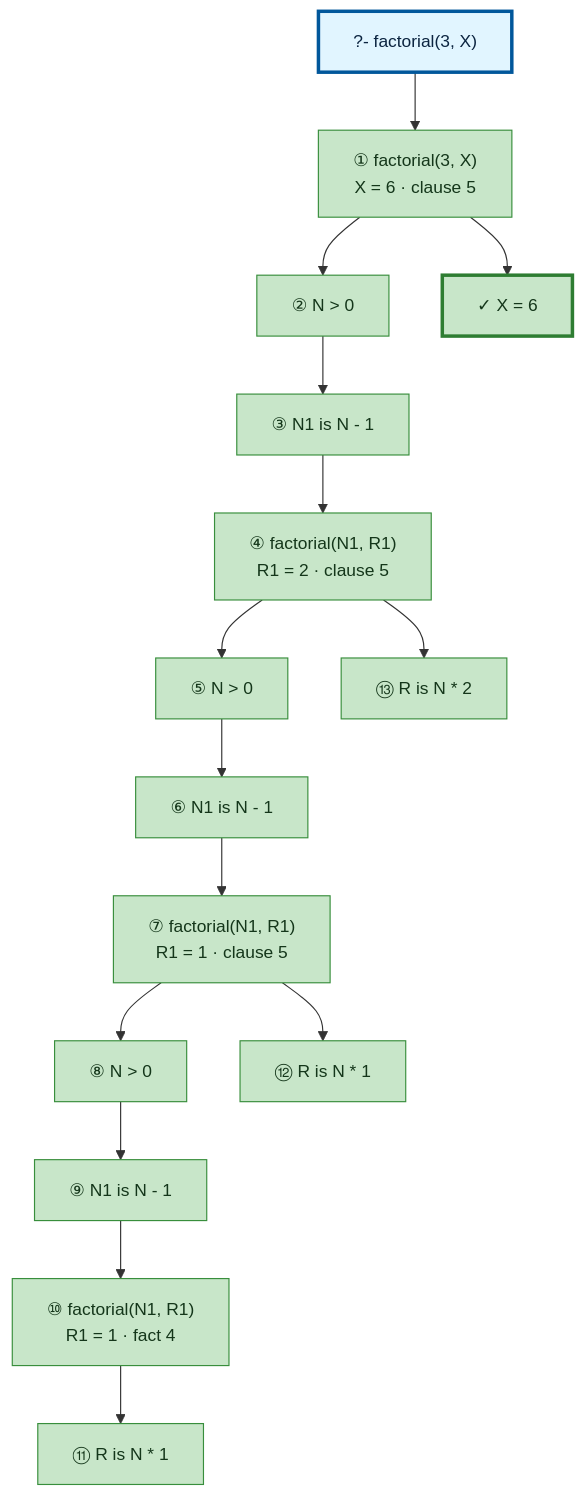
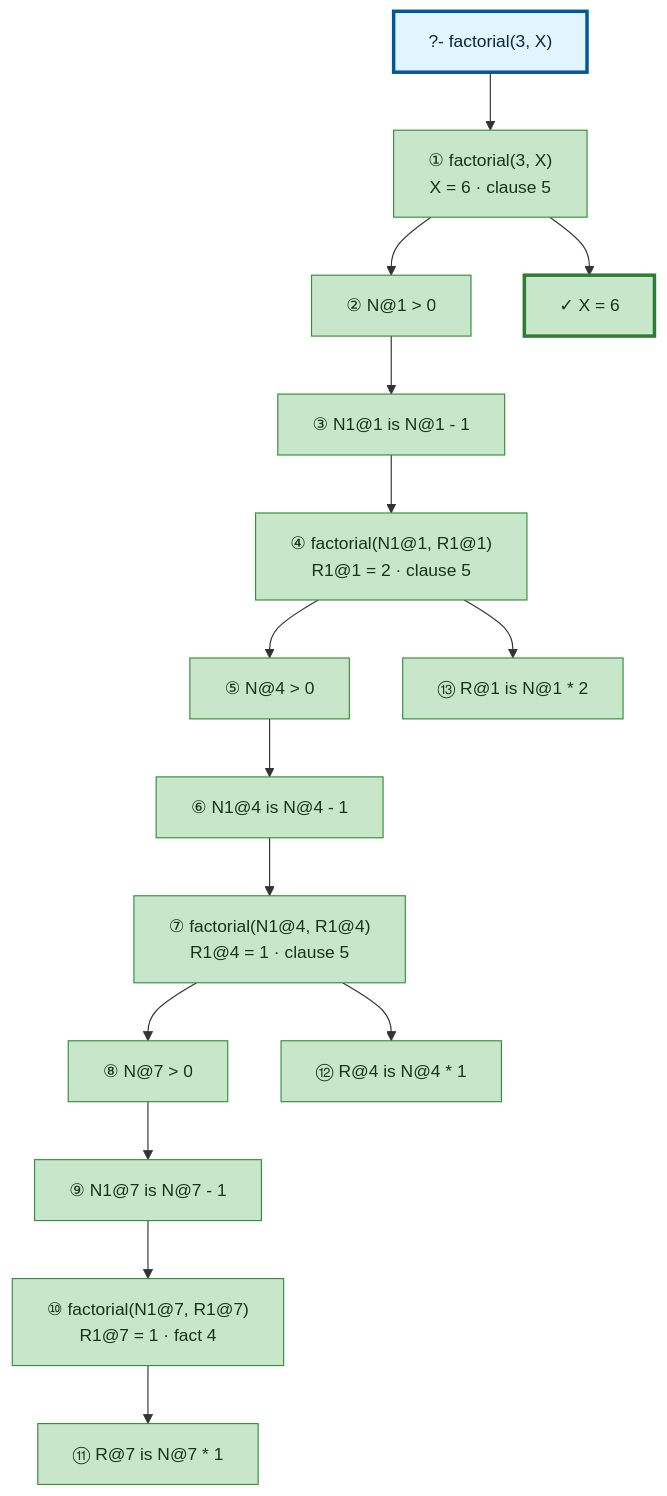
The diagram in examples/factorial-output.md (textologylabs/prolog-trace-viz), drawn with Mermaid before and after one commit. The commit also changed other lines of this file and 9 other files, not shown here.

````diff
--- a/examples/factorial-output.md
+++ b/examples/factorial-output.md
@@ -91,54 +91,54 @@
 ```mermaid
 %%{init: {'flowchart': {'nodeSpacing': 46, 'rankSpacing': 50}, 'themeVariables': {'fontSize': '15px'}}}%%
 graph TD
 
 %% Nodes
 A["?- factorial(3, X)"]
 B["① factorial(3, X)<br/>X = 6 · clause 5"]
-C["② N &gt; 0"]
-D["③ N1 is N - 1"]
-E["④ factorial(N1, R1)<br/>R1 = 2 · clause 5"]
-F["⑤ N &gt; 0"]
-G["⑥ N1 is N - 1"]
-H["⑦ factorial(N1, R1)<br/>R1 = 1 · clause 5"]
-I["⑧ N &gt; 0"]
-J["⑨ N1 is N - 1"]
-K["⑩ factorial(N1, R1)<br/>R1 = 1 · fact 4"]
-L["⑪ R is N * 1"]
-M["⑫ R is N * 1"]
-N["⑬ R is N * 2"]
+C["② N@1 &gt; 0"]
+D["③ N1@1 is N@1 - 1"]
+E["④ factorial(N1@1, R1@1)<br/>R1@1 = 2 · clause 5"]
+F["⑤ N@4 &gt; 0"]
+G["⑥ N1@4 is N@4 - 1"]
+H["⑦ factorial(N1@4, R1@4)<br/>R1@4 = 1 · clause 5"]
+I["⑧ N@7 &gt; 0"]
+J["⑨ N1@7 is N@7 - 1"]
+K["⑩ factorial(N1@7, R1@7)<br/>R1@7 = 1 · fact 4"]
+L["⑪ R@7 is N@7 * 1"]
+M["⑫ R@4 is N@4 * 1"]
+N["⑬ R@1 is N@1 * 2"]
 O["✓ X = 6"]
 
 %% Flow
 A --> B
 B --> C
 C --> D
 D --> E
 E --> F
 F --> G
 G --> H
 H --> I
 I --> J
 J --> K
 K --> L
 H --> M
 E --> N
 B --> O
 
 %% Styles
 style A fill:#e1f5ff,stroke:#01579b,stroke-width:3px,color:#0b2440
 style B fill:#c8e6c9,stroke:#388e3c,color:#14361a
 style C fill:#c8e6c9,stroke:#388e3c,color:#14361a
 style D fill:#c8e6c9,stroke:#388e3c,color:#14361a
 style E fill:#c8e6c9,stroke:#388e3c,color:#14361a
 style F fill:#c8e6c9,stroke:#388e3c,color:#14361a
 style G fill:#c8e6c9,stroke:#388e3c,color:#14361a
 style H fill:#c8e6c9,stroke:#388e3c,color:#14361a
 style I fill:#c8e6c9,stroke:#388e3c,color:#14361a
 style J fill:#c8e6c9,stroke:#388e3c,color:#14361a
 style K fill:#c8e6c9,stroke:#388e3c,color:#14361a
 style L fill:#c8e6c9,stroke:#388e3c,color:#14361a
 style M fill:#c8e6c9,stroke:#388e3c,color:#14361a
 style N fill:#c8e6c9,stroke:#388e3c,color:#14361a
 style O fill:#c8e6c9,stroke:#2e7d32,stroke-width:3px,color:#14361a
 ```
````
